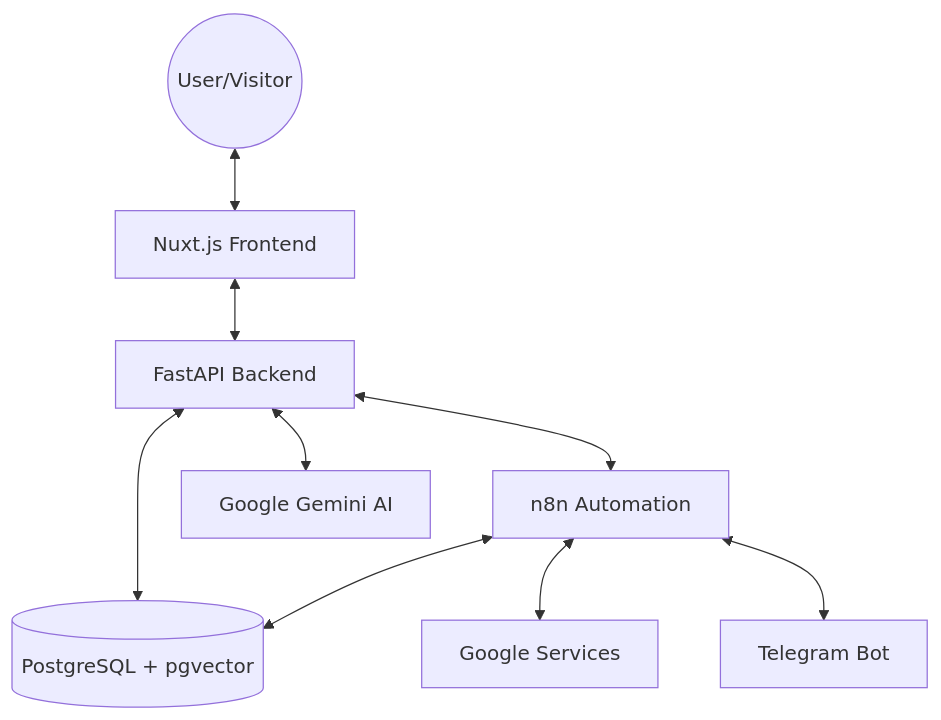
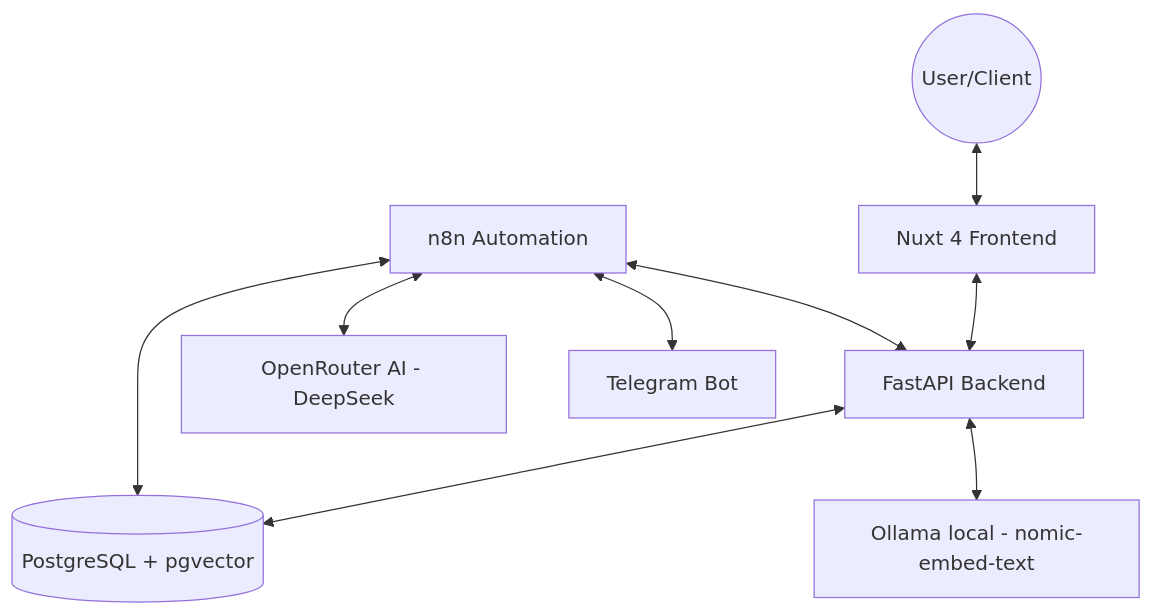
The diagram in docs/plans/ARCHITECTURE.md (israhadjhassine/Graduation-Project-real-estate-automation), drawn with Mermaid before and after one commit. The commit also changed other lines of this file and 100 other files, not shown here.

````diff
--- a/docs/plans/ARCHITECTURE.md
+++ b/docs/plans/ARCHITECTURE.md
@@ -9,20 +9,20 @@
 ```mermaid
 graph TD
-    User((User/Visitor))
-    Nuxt[Nuxt.js Frontend]
+    User((User/Client))
+    Nuxt[Nuxt 4 Frontend]
     FastAPI[FastAPI Backend]
     DB[(PostgreSQL + pgvector)]
     n8n[n8n Automation]
-    Gemini[Google Gemini AI]
-    Google[Google Services]
+    Ollama[Ollama local - nomic-embed-text]
+    OpenRouter[OpenRouter AI - DeepSeek]
     Telegram[Telegram Bot]
 
     User <--> Nuxt
     Nuxt <--> FastAPI
     FastAPI <--> DB
-    FastAPI <--> n8n
+    FastAPI <--> Ollama
+    n8n <--> FastAPI
     n8n <--> DB
-    n8n <--> Google
+    n8n <--> OpenRouter
     n8n <--> Telegram
-    FastAPI <--> Gemini
 ```
````
